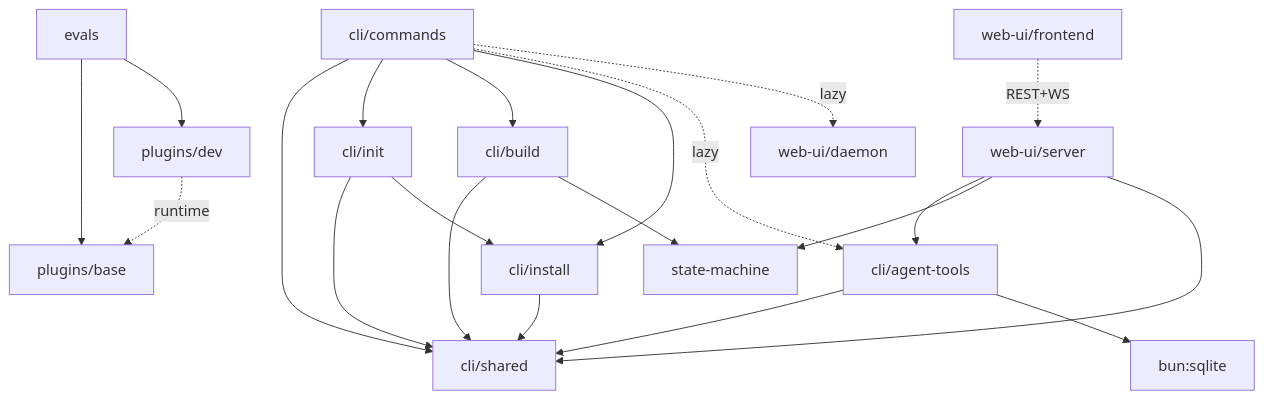
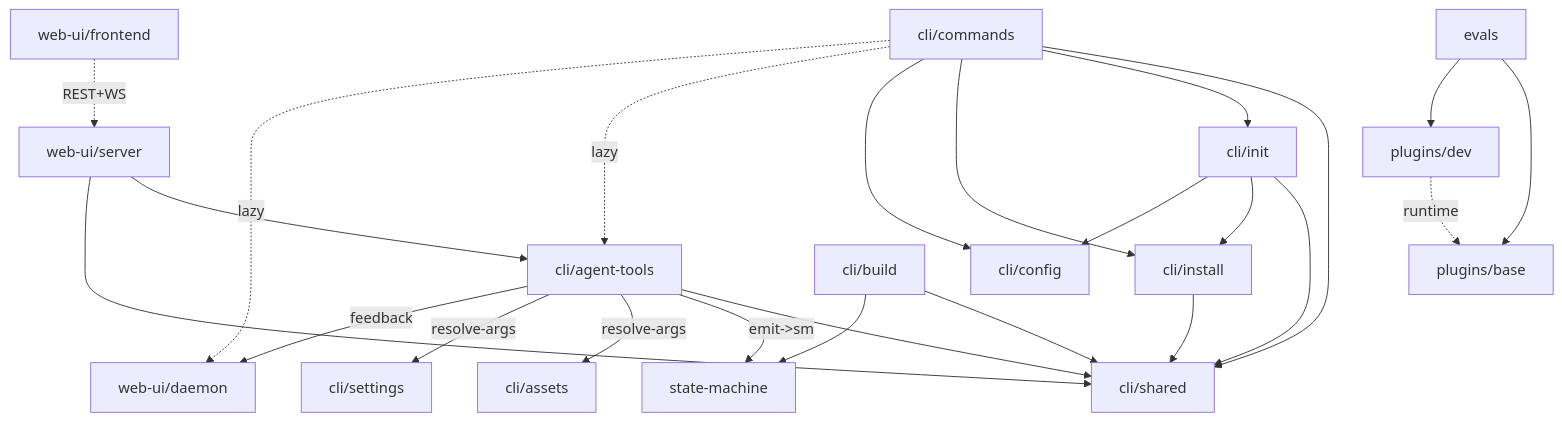
One commit to rp1-run/rp1 changed the diagram in .rp1/context/modules.md. Above: the diagram before and after it, drawn with Mermaid. The commit also changed other lines of this file and 5 other files, not shown here.

````diff
--- a/.rp1/context/modules.md
+++ b/.rp1/context/modules.md
@@ -122,23 +147,26 @@
 ```mermaid
 graph TD
     Commands["cli/commands"] --> Shared["cli/shared"]
     Commands --> Init["cli/init"]
-    Commands --> Build["cli/build"]
     Commands --> Install["cli/install"]
+    Commands --> Config["cli/config"]
     Commands -.->|lazy| AgentTools["cli/agent-tools"]
     Commands -.->|lazy| Daemon["web-ui/daemon"]
     AgentTools --> Shared
-    AgentTools --> SQLite["bun:sqlite"]
-    Build --> Shared
-    Build --> SM["state-machine"]
+    AgentTools -->|emit->sm| SM["state-machine"]
+    AgentTools -->|resolve-args| Assets["cli/assets"]
+    AgentTools -->|resolve-args| Settings["cli/settings"]
+    AgentTools -->|feedback| Daemon
+    Build["cli/build"] --> Shared
+    Build --> SM
     Install --> Shared
     Init --> Shared
     Init --> Install
-    WebServer["web-ui/server"] --> AgentTools
-    WebServer --> SM
-    WebServer --> Shared
-    Frontend["web-ui/frontend"] -.->|REST+WS| WebServer
+    Init --> Config
+    Server["web-ui/server"] --> AgentTools
+    Server --> Shared
+    Frontend["web-ui/frontend"] -.->|REST+WS| Server
     PluginsDev["plugins/dev"] -.->|runtime| PluginsBase["plugins/base"]
     Evals["evals"] --> PluginsBase
     Evals --> PluginsDev
 ```
````
